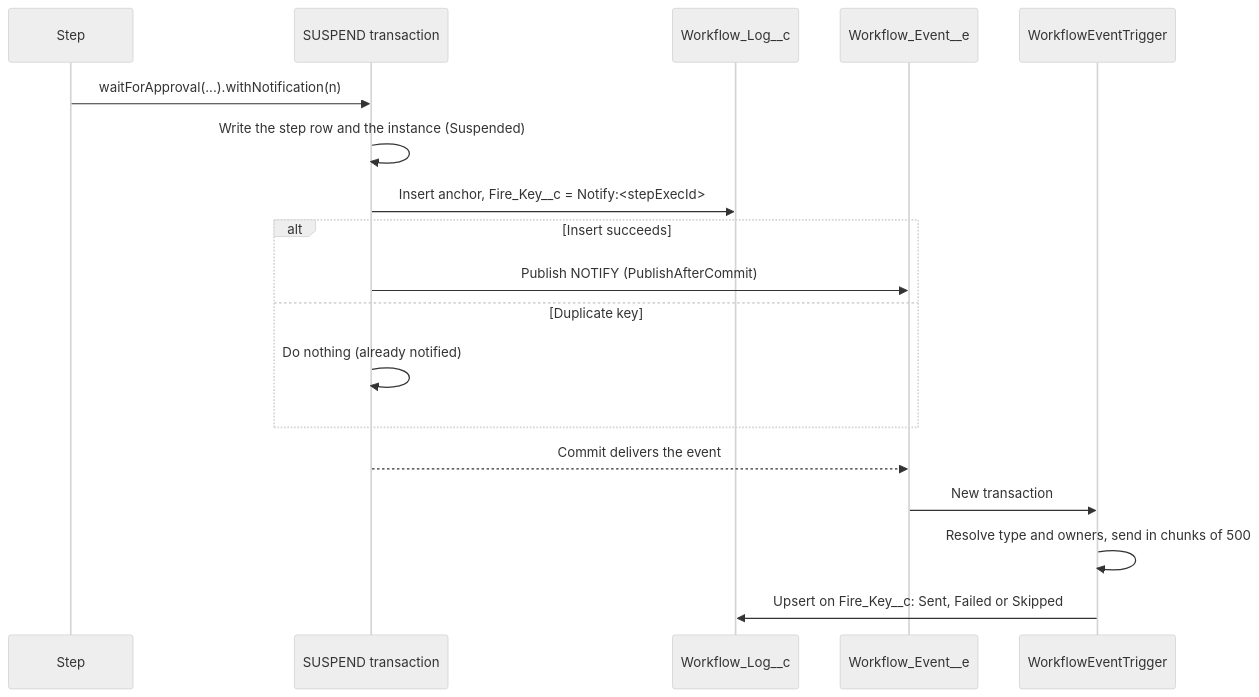
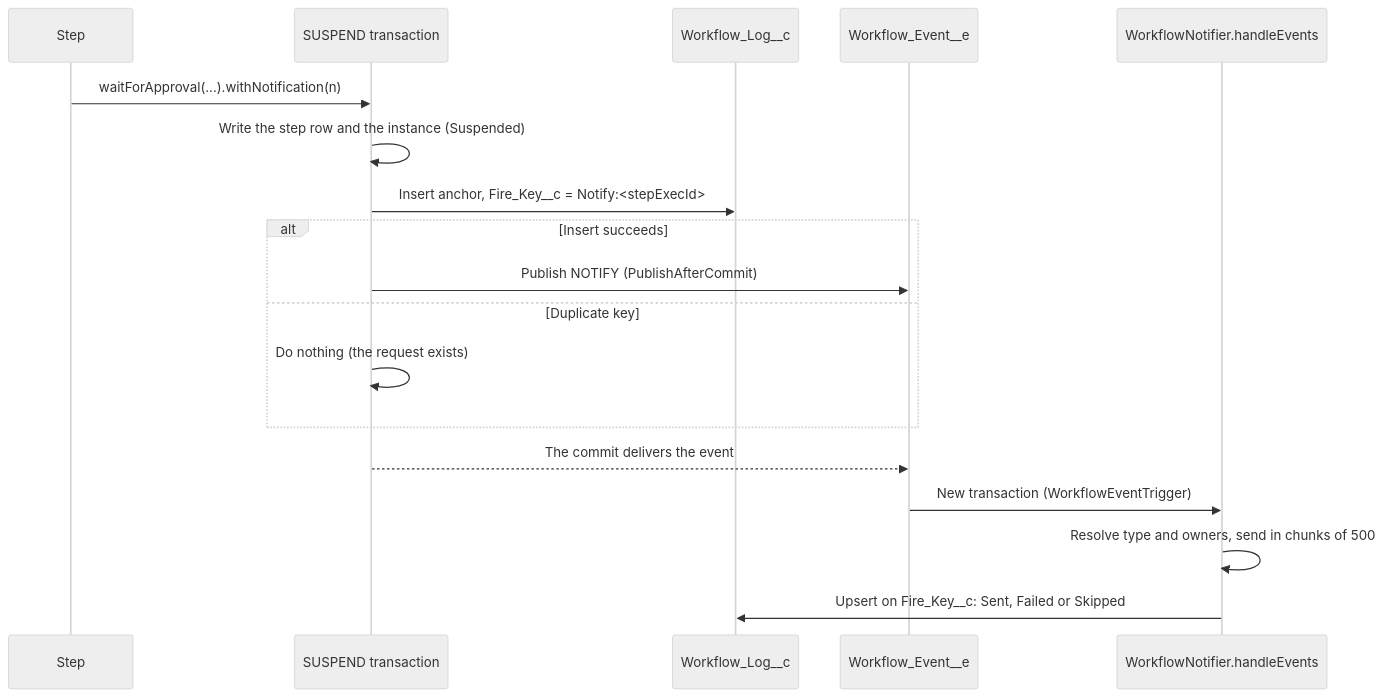
Before and after one commit to madmax983/revenant: the diagram in docs/approver-notifications.md, drawn with Mermaid (neutral theme). The commit also changed other lines of this file and 21 other files, not shown here.

````diff
--- a/docs/approver-notifications.md
+++ b/docs/approver-notifications.md
@@ -43,20 +51,20 @@
 ```mermaid
 sequenceDiagram
     participant Step
     participant Engine as SUSPEND transaction
     participant Log as Workflow_Log__c
     participant Bus as Workflow_Event__e
-    participant Trigger as WorkflowEventTrigger
+    participant Notifier as WorkflowNotifier.handleEvents
     Step->>Engine: waitForApproval(...).withNotification(n)
     Engine->>Engine: Write the step row and the instance (Suspended)
     Engine->>Log: Insert anchor, Fire_Key__c = Notify:<stepExecId>
     alt Insert succeeds
         Engine->>Bus: Publish NOTIFY (PublishAfterCommit)
     else Duplicate key
-        Engine->>Engine: Do nothing (already notified)
+        Engine->>Engine: Do nothing (the request exists)
     end
-    Engine-->>Bus: Commit delivers the event
-    Bus->>Trigger: New transaction
-    Trigger->>Trigger: Resolve type and owners, send in chunks of 500
-    Trigger->>Log: Upsert on Fire_Key__c: Sent, Failed or Skipped
+    Engine-->>Bus: The commit delivers the event
+    Bus->>Notifier: New transaction (WorkflowEventTrigger)
+    Notifier->>Notifier: Resolve type and owners, send in chunks of 500
+    Notifier->>Log: Upsert on Fire_Key__c: Sent, Failed or Skipped
 ```
````
